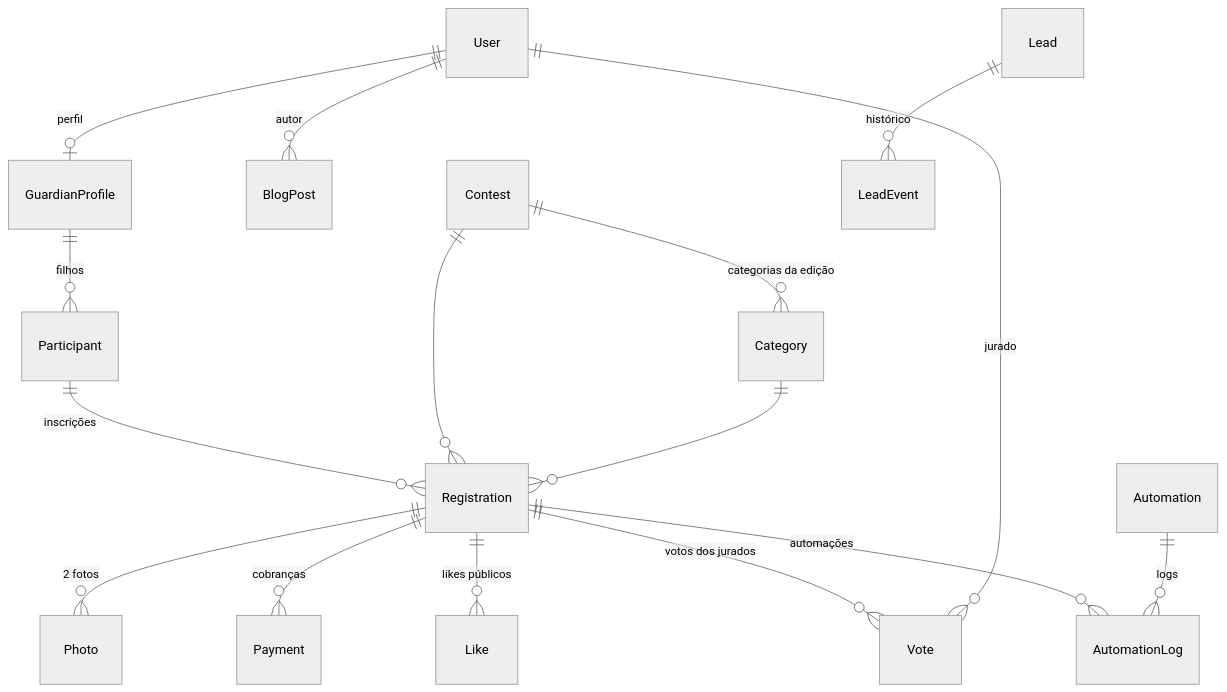
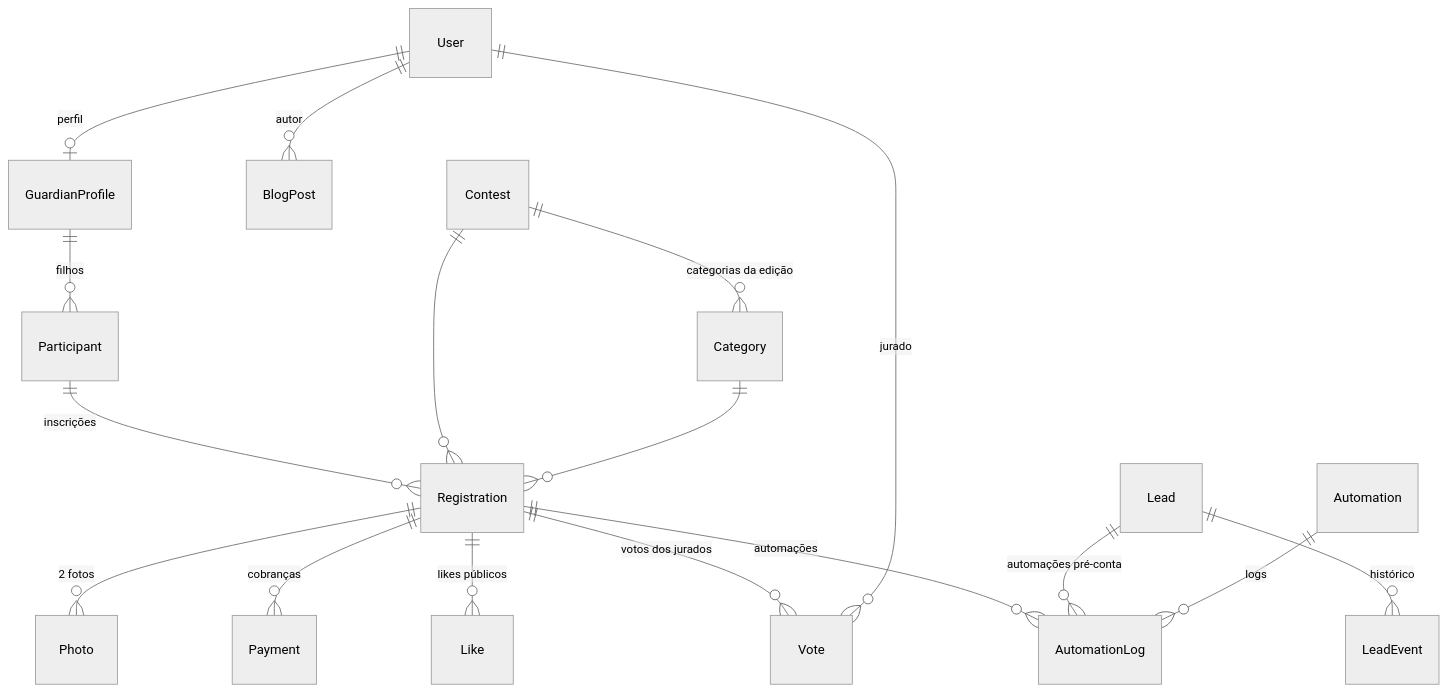
One commit to gustavoborgs/ccmf-platform changed the diagram in docs/03-modelo-de-dados.md. Above: the diagram before and after it, drawn with Mermaid (neutral theme). The commit also changed other lines of this file and 33 other files, not shown here.

````diff
--- a/docs/03-modelo-de-dados.md
+++ b/docs/03-modelo-de-dados.md
@@ -7,18 +7,19 @@
 ```mermaid
 erDiagram
     User ||--o| GuardianProfile : "perfil"
     User ||--o{ BlogPost : "autor"
     GuardianProfile ||--o{ Participant : "filhos"
     Participant ||--o{ Registration : "inscrições"
     Contest ||--o{ Registration : ""
     Contest ||--o{ Category : "categorias da edição"
     Category ||--o{ Registration : ""
     Registration ||--o{ Photo : "2 fotos"
     Registration ||--o{ Payment : "cobranças"
     Registration ||--o{ Like : "likes públicos"
     Registration ||--o{ Vote : "votos dos jurados"
     Registration ||--o{ AutomationLog : "automações"
+    Lead ||--o{ AutomationLog : "automações pré-conta"
     Automation ||--o{ AutomationLog : "logs"
     User ||--o{ Vote : "jurado"
     Lead ||--o{ LeadEvent : "histórico"
 ```
````
